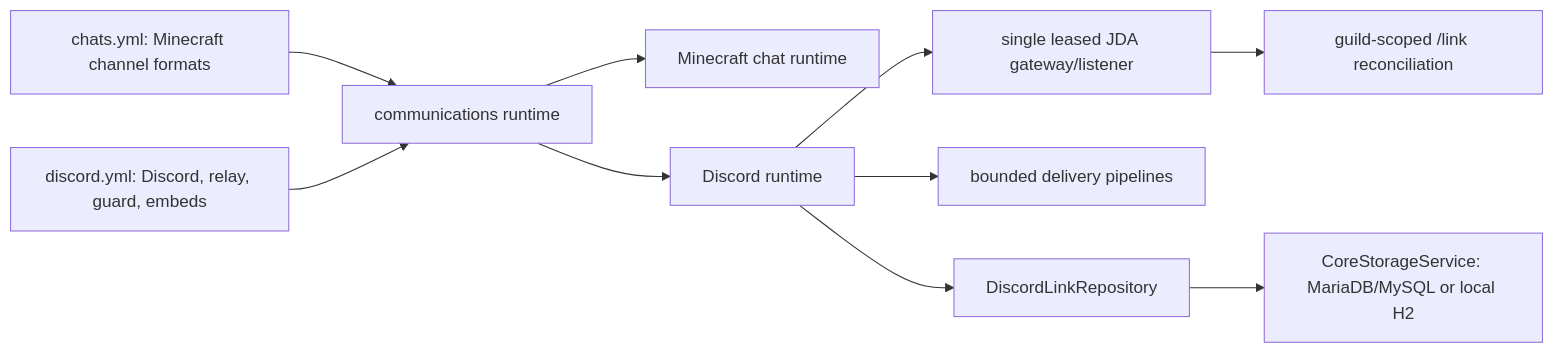
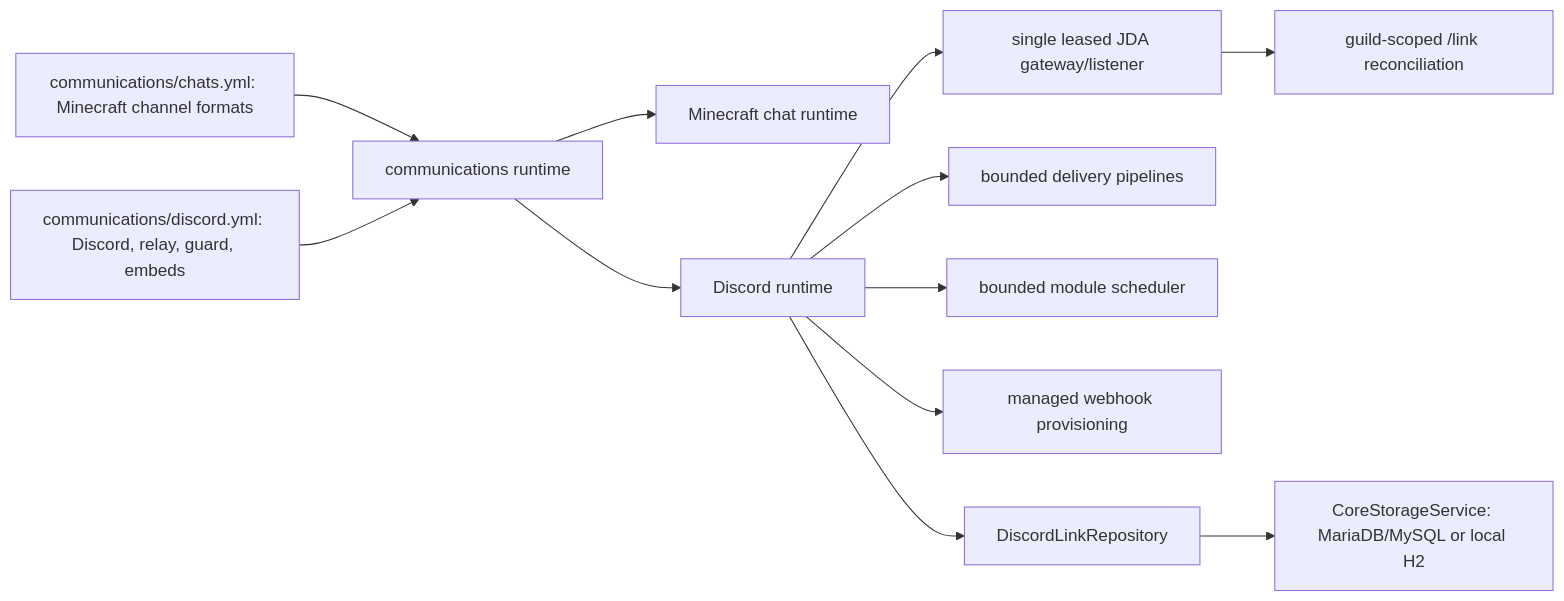
One commit to TensaCraft/TensaPlugin changed the diagram in docs/PLUGIN_AUDIT.md. Above: the diagram before and after it, drawn with Mermaid. The commit also changed other lines of this file and 4 other files, not shown here.

````diff
--- a/docs/PLUGIN_AUDIT.md
+++ b/docs/PLUGIN_AUDIT.md
@@ -35,12 +40,14 @@
 ```mermaid
 flowchart LR
-    CY["chats.yml: Minecraft channel formats"] --> CM["communications runtime"]
-    DY["discord.yml: Discord, relay, guard, embeds"] --> CM
+    CY["communications/chats.yml: Minecraft channel formats"] --> CM["communications runtime"]
+    DY["communications/discord.yml: Discord, relay, guard, embeds"] --> CM
     CM --> CHAT["Minecraft chat runtime"]
     CM --> DR["Discord runtime"]
     DR --> GW["single leased JDA gateway/listener"]
     DR --> PIPE["bounded delivery pipelines"]
+    DR --> SCH["bounded module scheduler"]
+    DR --> WH["managed webhook provisioning"]
     DR --> REPO["DiscordLinkRepository"]
     REPO --> CORE["CoreStorageService: MariaDB/MySQL or local H2"]
     GW --> SLASH["guild-scoped /link reconciliation"]
 ```
````
